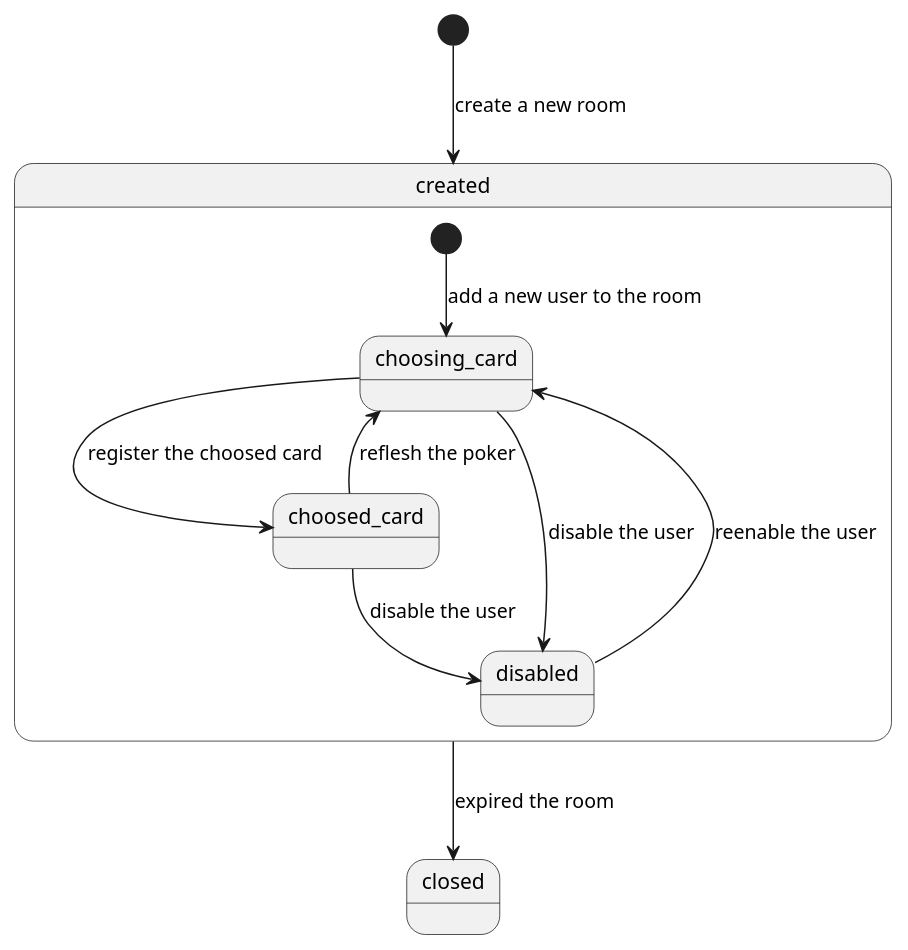
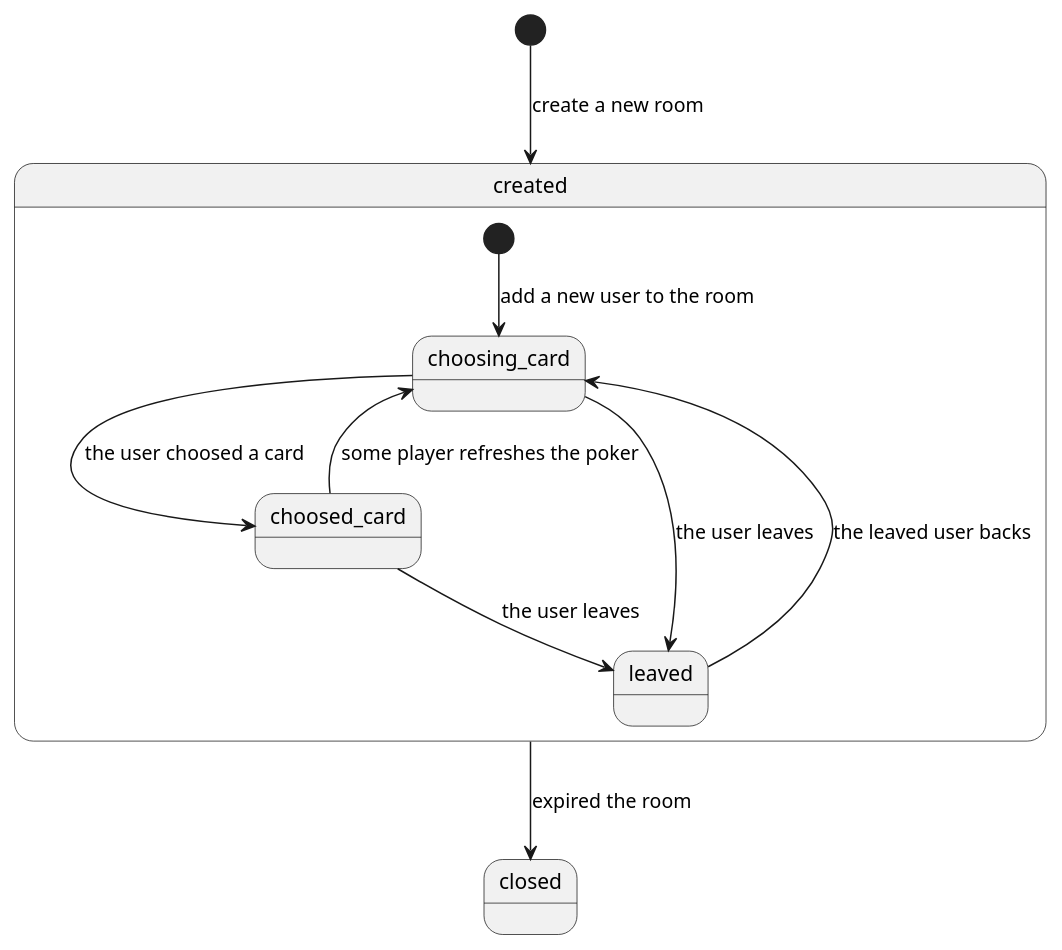
The diagram in doc/product/state_transition.puml (yuizho/salon), drawn with PlantUML before and after one commit.

```diff
--- a/doc/product/state_transition.puml
+++ b/doc/product/state_transition.puml
@@ -1,15 +1,15 @@
 @startuml
 
 [*] --> created: create a new room
 state created {
     [*] --> choosing_card: add a new user to the room
-    choosing_card --> choosed_card: register the choosed card
-    choosed_card --> choosing_card: reflesh the poker
-    choosing_card --> disabled: disable the user
-    choosed_card --> disabled: disable the user
-    disabled --> choosing_card: reenable the user
+    choosing_card --> choosed_card: the user choosed a card
+    choosed_card --> choosing_card: some player refreshes the poker
+    choosing_card --> leaved: the user leaves
+    choosed_card --> leaved: the user leaves
+    leaved --> choosing_card: the leaved user backs
 }
 
 created --> closed: expired the room
 
 @enduml
```
